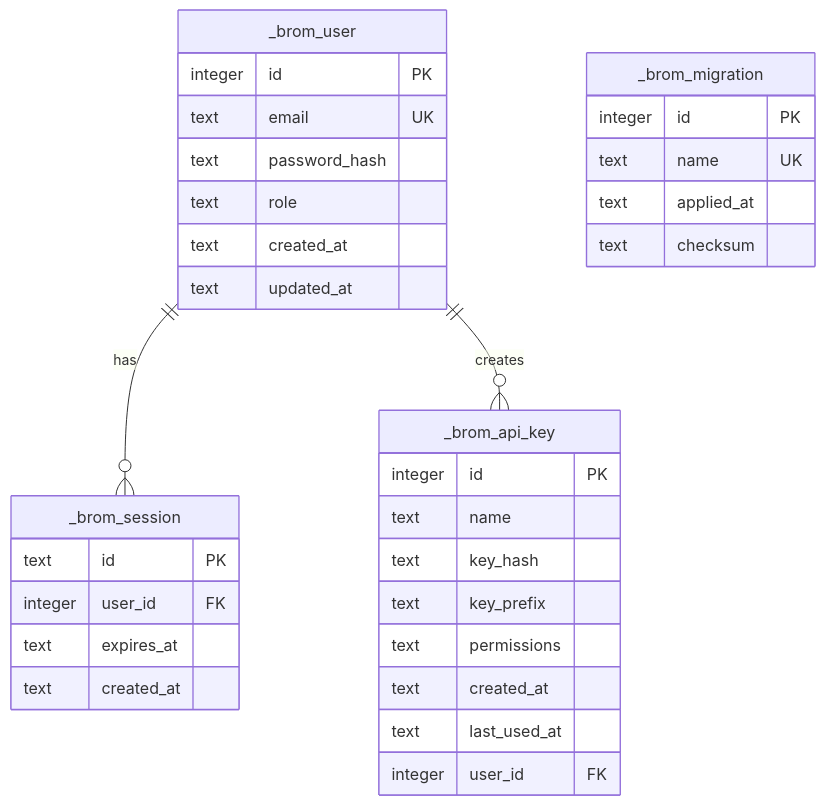
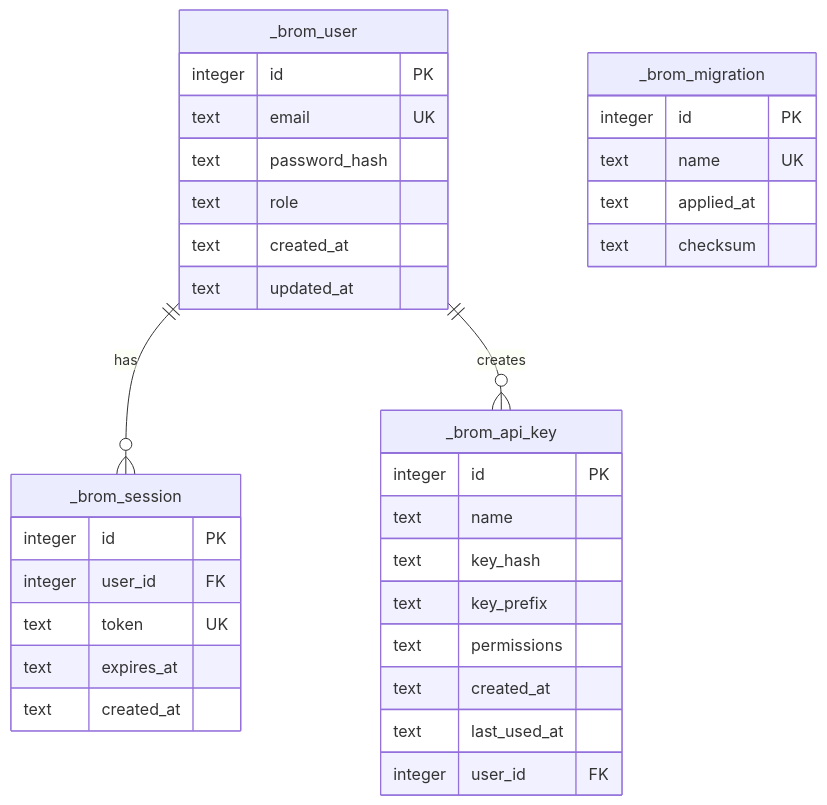
The third of 3 diagrams in architecture.md (wends155/brom), drawn with Mermaid before and after one commit. The commit also changed other lines of this file and 15 other files, not shown here.

````diff
--- a/architecture.md
+++ b/architecture.md
@@ -465,39 +466,40 @@
 ```mermaid
 erDiagram
     _brom_user ||--o{ _brom_session : "has"
     _brom_user ||--o{ _brom_api_key : "creates"
 
     _brom_user {
         integer id PK
         text email UK
         text password_hash
         text role
         text created_at
         text updated_at
     }
 
     _brom_session {
-        text id PK
+        integer id PK
         integer user_id FK
+        text token UK
         text expires_at
         text created_at
     }
 
     _brom_api_key {
         integer id PK
         text name
         text key_hash
         text key_prefix
         text permissions
         text created_at
         text last_used_at
         integer user_id FK
     }
 
     _brom_migration {
         integer id PK
         text name UK
         text applied_at
         text checksum
     }
 ```
````
